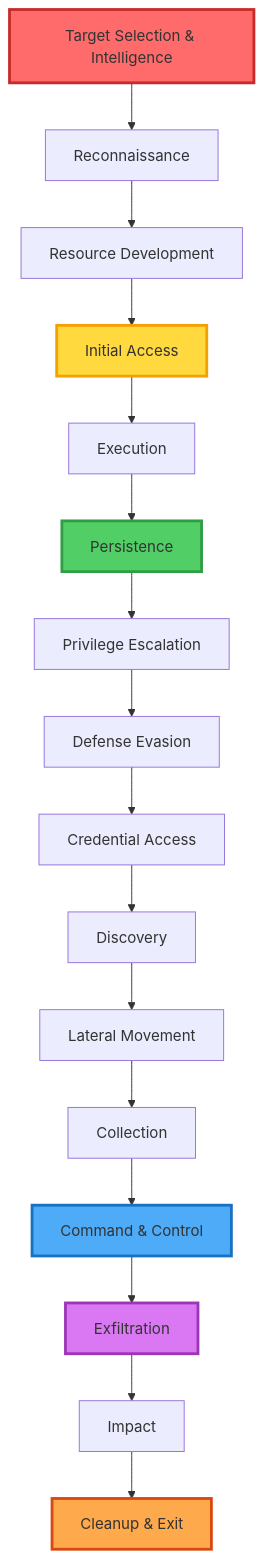
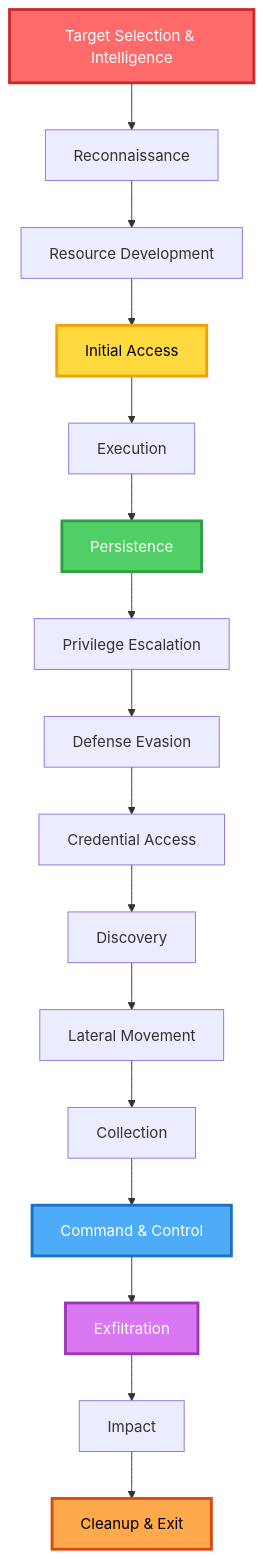
Before and after one commit to NovusAevum/apt-adversarial-operations: the first of 9 diagrams in README.md, drawn with Mermaid. The commit also changed other lines of this file and 2 other files, not shown here.

````diff
--- a/README.md
+++ b/README.md
@@ -77,25 +68,25 @@
 ```mermaid
 graph TB
     A[Target Selection & Intelligence] --> B[Reconnaissance]
     B --> C[Resource Development]
     C --> D[Initial Access]
     D --> E[Execution]
     E --> F[Persistence]
     F --> G[Privilege Escalation]
     G --> H[Defense Evasion]
     H --> I[Credential Access]
     I --> J[Discovery]
     J --> K[Lateral Movement]
     K --> L[Collection]
     L --> M[Command & Control]
     M --> N[Exfiltration]
     N --> O[Impact]
     O --> P[Cleanup & Exit]
     
-    style A fill:#ff6b6b,stroke:#c92a2a,stroke-width:3px
-    style D fill:#ffd93d,stroke:#f59f00,stroke-width:3px
-    style F fill:#51cf66,stroke:#2f9e44,stroke-width:3px
-    style M fill:#4dabf7,stroke:#1971c2,stroke-width:3px
-    style N fill:#da77f2,stroke:#9c36b5,stroke-width:3px
-    style P fill:#ffa94d,stroke:#d9480f,stroke-width:3px
+    style A fill:#ff6b6b,stroke:#c92a2a,stroke-width:3px,color:#fff
+    style D fill:#ffd93d,stroke:#f59f00,stroke-width:3px,color:#000
+    style F fill:#51cf66,stroke:#2f9e44,stroke-width:3px,color:#fff
+    style M fill:#4dabf7,stroke:#1971c2,stroke-width:3px,color:#fff
+    style N fill:#da77f2,stroke:#9c36b5,stroke-width:3px,color:#fff
+    style P fill:#ffa94d,stroke:#d9480f,stroke-width:3px,color:#000
 ```
````
